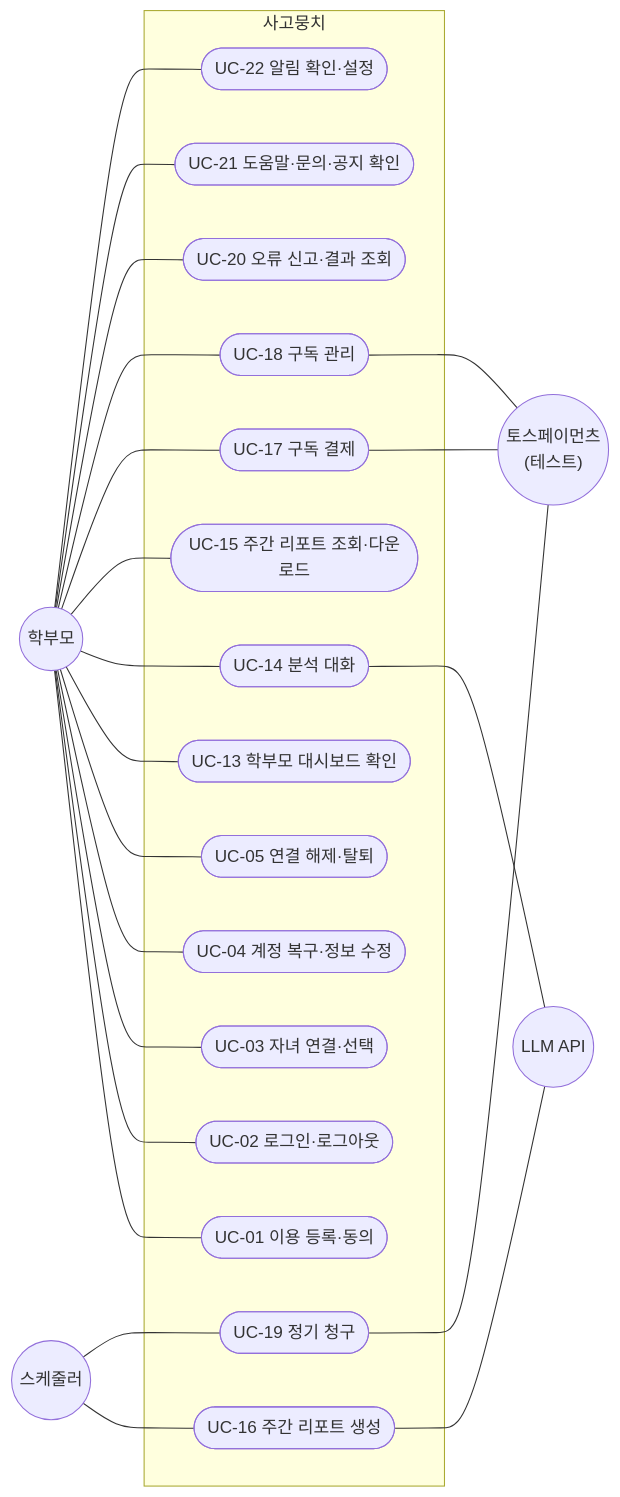
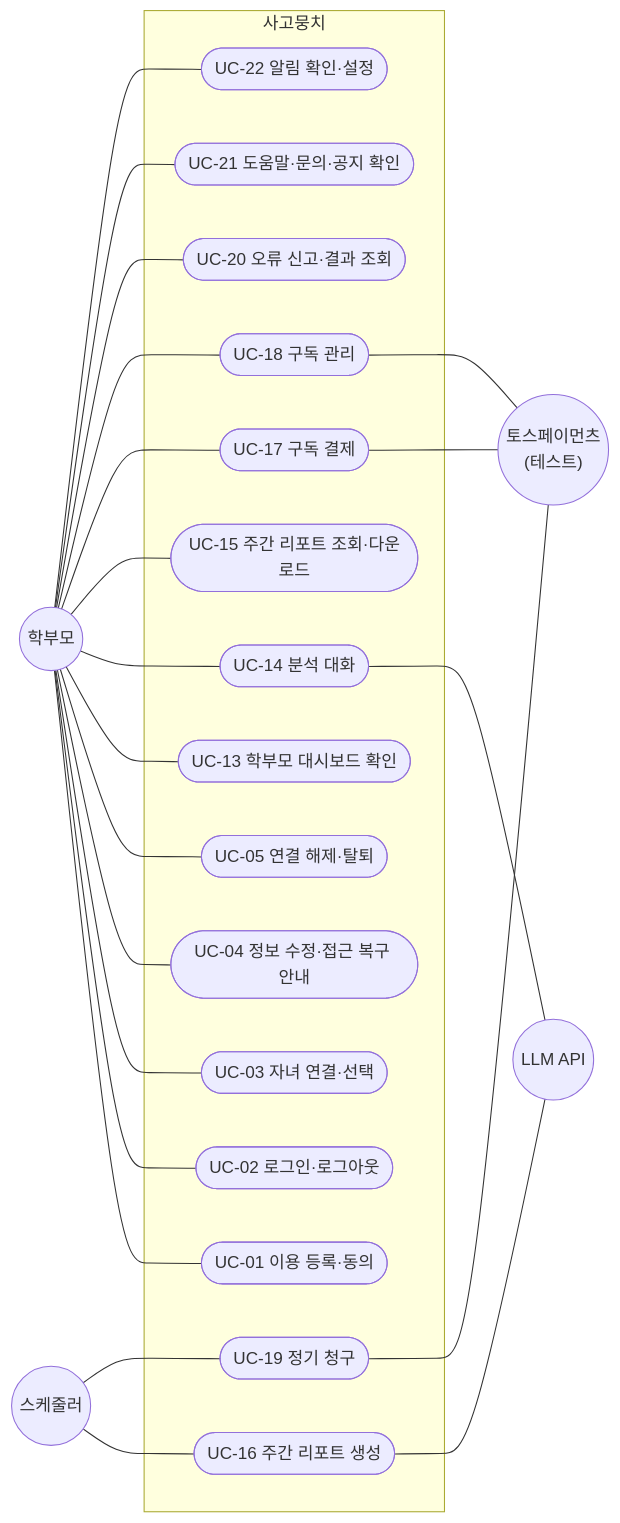
The third of 5 diagrams in docs/design/usecase.md (SKNETWORKS-FAMILY-AICAMP/SKN34-FINAL-3TEAM), drawn with Mermaid before and after one commit. The commit also changed other lines of this file and 14 other files, not shown here.

````diff
--- a/docs/design/usecase.md
+++ b/docs/design/usecase.md
@@ -99,46 +99,46 @@
 ```mermaid
 flowchart LR
   PAR(("학부모"))
   SCH(("스케줄러"))
   LLM(("LLM API"))
   PG(("토스페이먼츠<br/>(테스트)"))
 
   subgraph SYS["사고뭉치"]
     UC01(["UC-01 이용 등록·동의"])
     UC02(["UC-02 로그인·로그아웃"])
     UC03(["UC-03 자녀 연결·선택"])
-    UC04(["UC-04 계정 복구·정보 수정"])
+    UC04(["UC-04 정보 수정·접근 복구 안내"])
     UC05(["UC-05 연결 해제·탈퇴"])
     UC13(["UC-13 학부모 대시보드 확인"])
     UC14(["UC-14 분석 대화"])
     UC15(["UC-15 주간 리포트 조회·다운로드"])
     UC16(["UC-16 주간 리포트 생성"])
     UC17(["UC-17 구독 결제"])
     UC18(["UC-18 구독 관리"])
     UC19(["UC-19 정기 청구"])
     UC20(["UC-20 오류 신고·결과 조회"])
     UC21(["UC-21 도움말·문의·공지 확인"])
     UC22(["UC-22 알림 확인·설정"])
   end
 
   PAR --- UC01
   PAR --- UC02
   PAR --- UC03
   PAR --- UC04
   PAR --- UC05
   PAR --- UC13
   PAR --- UC14
   PAR --- UC15
   PAR --- UC17
   PAR --- UC18
   PAR --- UC20
   PAR --- UC21
   PAR --- UC22
   SCH --- UC16
   SCH --- UC19
   UC14 --- LLM
   UC16 --- LLM
   UC17 --- PG
   UC18 --- PG
   UC19 --- PG
 ```
````
